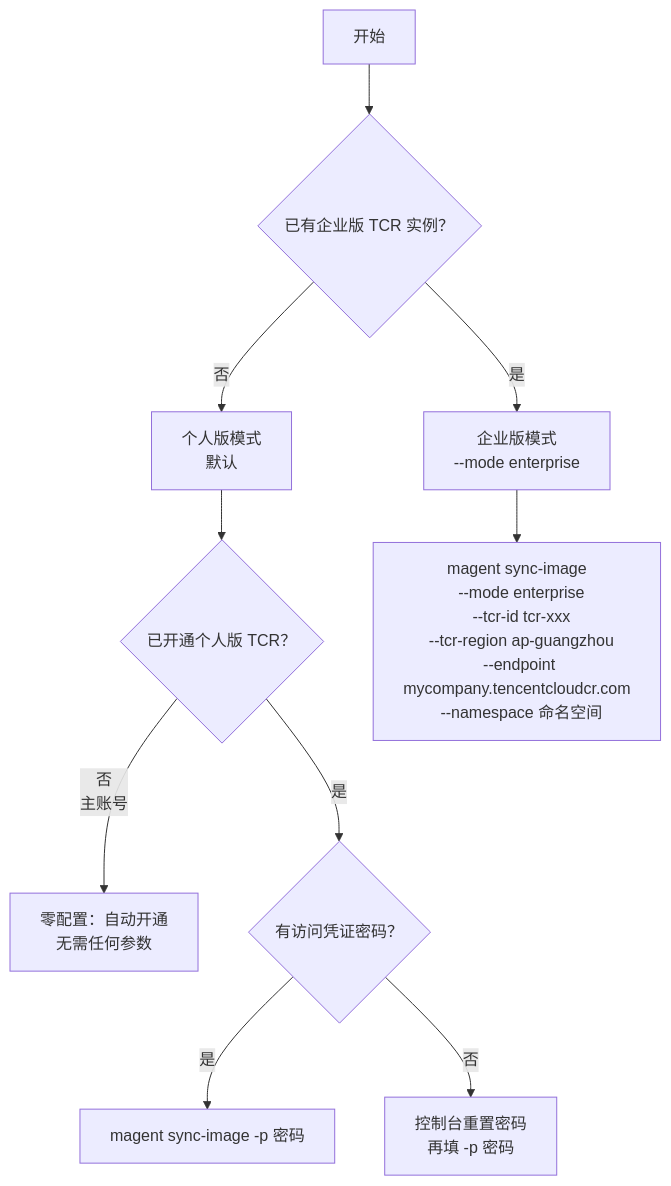
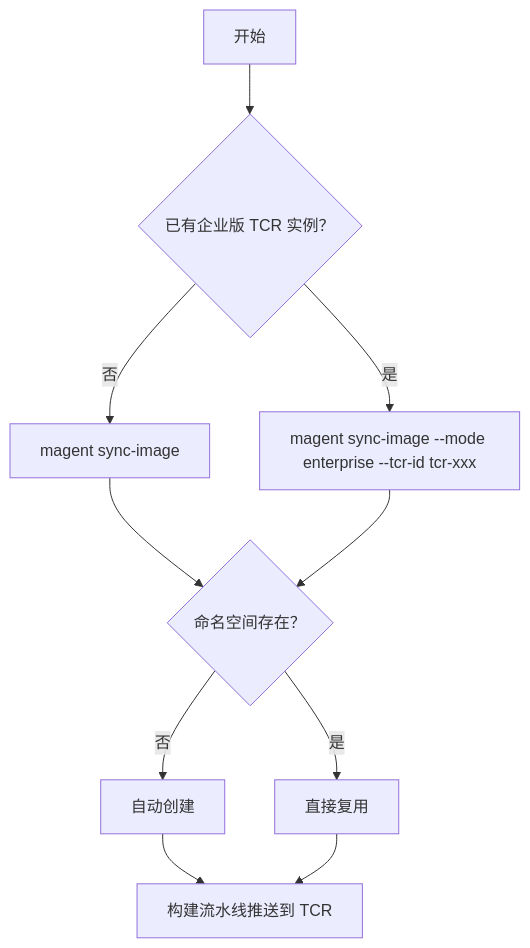
Before and after one commit to byronpiao/open-managed-agent: the diagram in docs/sync-image.md, drawn with Mermaid. The commit also changed other lines of this file and 7 other files, not shown here.

First line of the commit message:
feat(sync-image): passwordless push, enterprise auto-resolve, doc refresh

````diff
--- a/docs/sync-image.md
+++ b/docs/sync-image.md
@@ -7,14 +9,14 @@
 ```mermaid
 flowchart TD
     A[开始] --> B{已有企业版 TCR 实例？}
-    B -- 是 --> ENT[企业版模式\n--mode enterprise]
-    B -- 否 --> PERS[个人版模式\n默认]
+    B -- 否 --> P1[magent sync-image]
+    B -- 是 --> E1["magent sync-image --mode enterprise --tcr-id tcr-xxx"]
 
-    PERS --> P1{已开通个人版 TCR？}
-    P1 -- 否\n主账号 --> P2[零配置：自动开通\n无需任何参数]
-    P1 -- 是 --> P3{有访问凭证密码？}
-    P3 -- 是 --> P4[magent sync-image -p 密码]
-    P3 -- 否 --> P5[控制台重置密码\n再填 -p 密码]
+    P1 --> NS{命名空间存在？}
+    E1 --> NS
 
-    ENT --> E1[magent sync-image\n  --mode enterprise\n  --tcr-id tcr-xxx\n  --tcr-region ap-guangzhou\n  --endpoint mycompany.tencentcloudcr.com\n  --namespace 命名空间]
+    NS -- 否 --> CREATE[自动创建]
+    NS -- 是 --> REUSE[直接复用]
+    CREATE --> PUSH[构建流水线推送到 TCR]
+    REUSE --> PUSH
 ```
````
